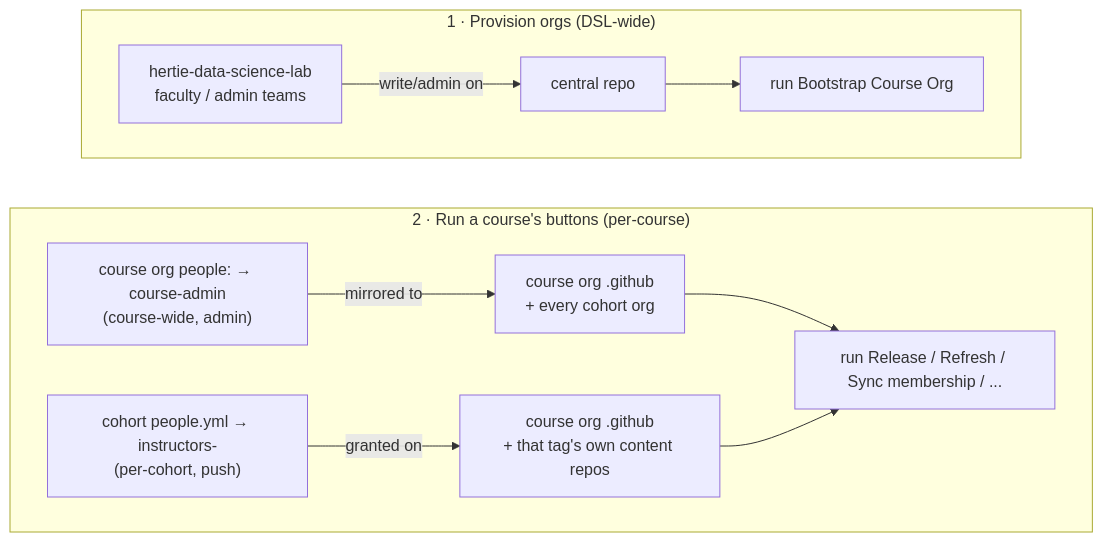
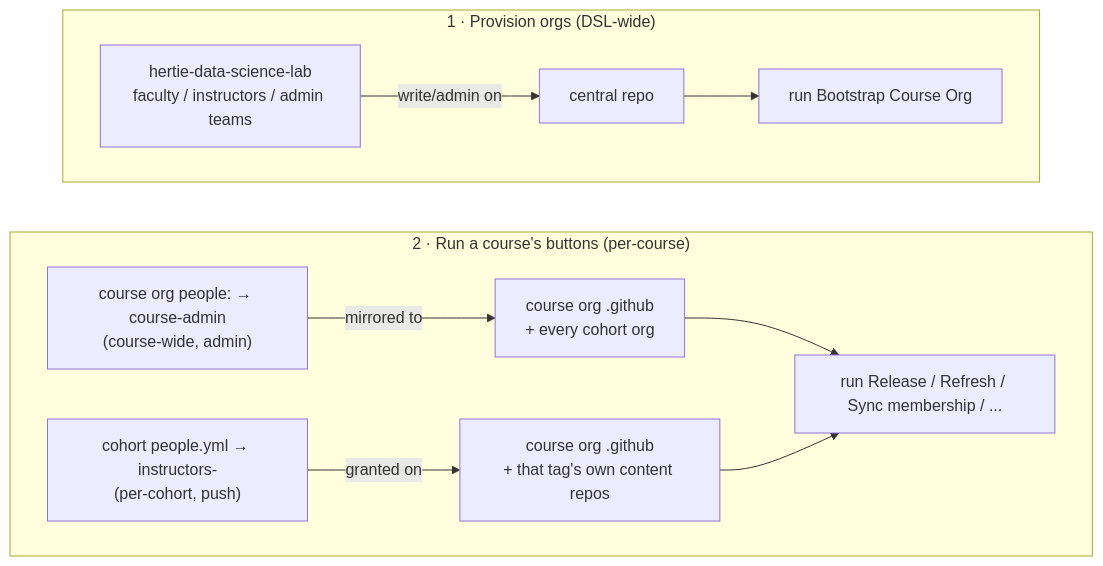
Before and after one commit to hertie-data-science-lab/dsl-teaching-course-setup: the third of 10 diagrams in docs-admin-arch/architecture.md, drawn with Mermaid. The commit also changed other lines of this file and 6 other files, not shown here.

First line of the commit message:
feat(access): add a central instructors team to the provisioning gate

````diff
--- a/docs-admin-arch/architecture.md
+++ b/docs-admin-arch/architecture.md
@@ -145,18 +145,18 @@
 ```mermaid
 flowchart TD
   subgraph prov["1 · Provision orgs (DSL-wide)"]
     ct["`hertie-data-science-lab
-faculty / admin teams`"] -->|"write/admin on"| cr["central repo"] --> ba["run Bootstrap Course Org"]
+faculty / instructors / admin teams`"] -->|"write/admin on"| cr["central repo"] --> ba["run Bootstrap Course Org"]
   end
   subgraph run["2 · Run a course's buttons (per-course)"]
     ca["`course org people: → course-admin
 (course-wide, admin)`"] -->|"mirrored to"| gh["`course org .github
 + every cohort org`"]
     it["`cohort people.yml → instructors-<tag>
 (per-cohort, push)`"] -->|"granted on"| ghtag["`course org .github
 + that tag's own content repos`"]
     gh --> rb["run Release / Refresh / Sync membership / ..."]
     ghtag --> rb
   end
   prov ~~~ run
 ```
````
